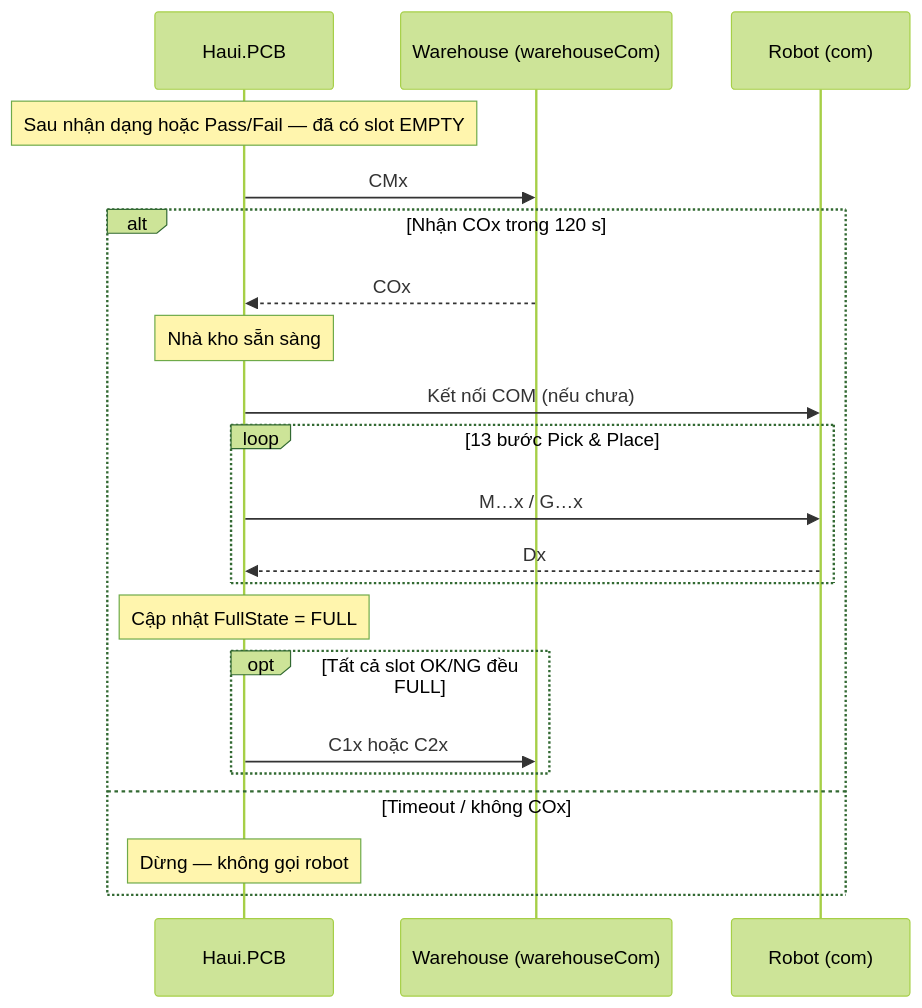
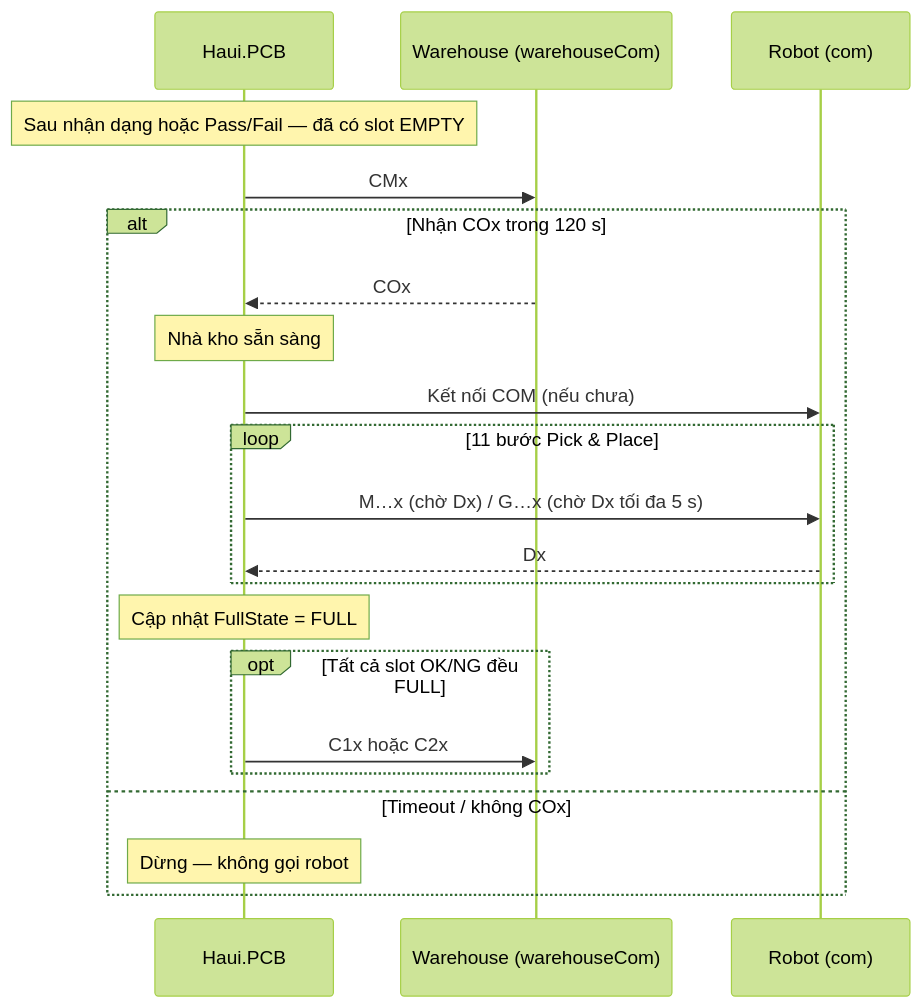
The sixth of 7 diagrams in Haui.PCB/docs/ROBOT_WORKFLOW.md (cmsang/haui), drawn with Mermaid (forest theme) before and after one commit. The commit also changed other lines of this file and 11 other files, not shown here.

````diff
--- a/Haui.PCB/docs/ROBOT_WORKFLOW.md
+++ b/Haui.PCB/docs/ROBOT_WORKFLOW.md
@@ -343,25 +412,25 @@
 ```mermaid
 sequenceDiagram
     participant App as Haui.PCB
     participant WH as Warehouse (warehouseCom)
     participant RB as Robot (com)
 
     Note over App: Sau nhận dạng hoặc Pass/Fail — đã có slot EMPTY
 
     App->>WH: CMx
     alt Nhận COx trong 120 s
         WH-->>App: COx
         Note over App: Nhà kho sẵn sàng
         App->>RB: Kết nối COM (nếu chưa)
-        loop 13 bước Pick & Place
-            App->>RB: M…x / G…x
+        loop 11 bước Pick & Place
+            App->>RB: M…x (chờ Dx) / G…x (chờ Dx tối đa 5 s)
             RB-->>App: Dx
         end
         Note over App: Cập nhật FullState = FULL
         opt Tất cả slot OK/NG đều FULL
             App->>WH: C1x hoặc C2x
         end
     else Timeout / không COx
         Note over App: Dừng — không gọi robot
     end
 ```
````
